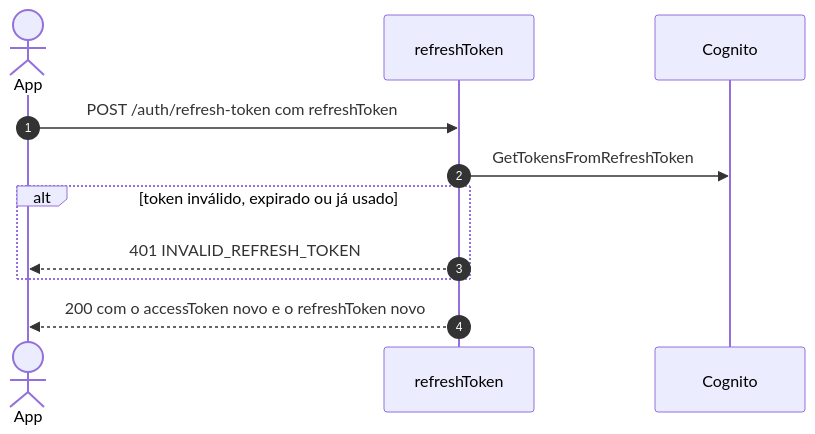
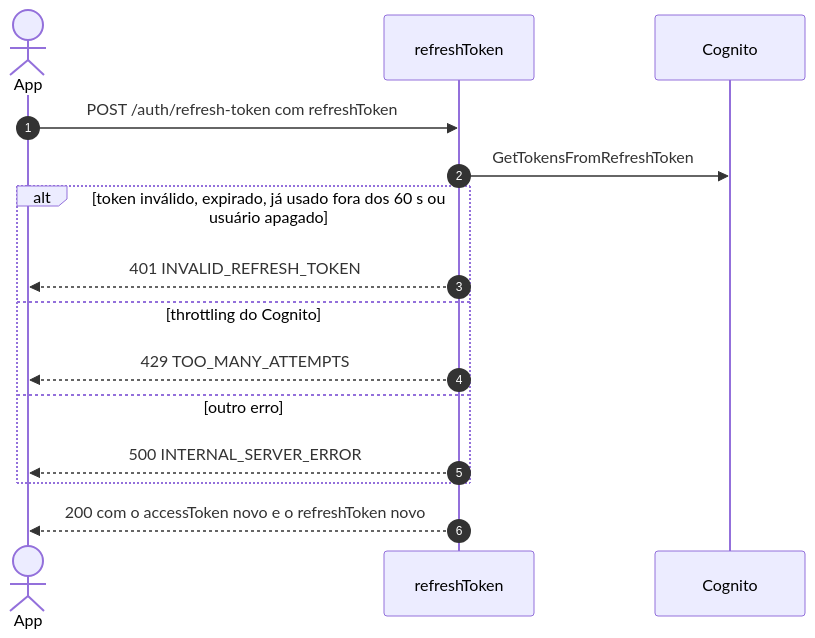
The second of 3 diagrams in docs/guide/fluxos/auth-login-senha.md (nivaldoandrade/nacal-api), drawn with Mermaid before and after one commit. The commit also changed other lines of this file and 5 other files, not shown here.

````diff
--- a/docs/guide/fluxos/auth-login-senha.md
+++ b/docs/guide/fluxos/auth-login-senha.md
@@ -60,14 +60,18 @@
 ```mermaid
 sequenceDiagram
     autonumber
     actor U as App
     participant API as refreshToken
     participant Cog as Cognito
 
     U->>API: POST /auth/refresh-token com refreshToken
     API->>Cog: GetTokensFromRefreshToken
-    alt token inválido, expirado ou já usado
+    alt token inválido, expirado, já usado fora dos 60 s ou usuário apagado
         API-->>U: 401 INVALID_REFRESH_TOKEN
+    else throttling do Cognito
+        API-->>U: 429 TOO_MANY_ATTEMPTS
+    else outro erro
+        API-->>U: 500 INTERNAL_SERVER_ERROR
     end
     API-->>U: 200 com o accessToken novo e o refreshToken novo
 ```
````
